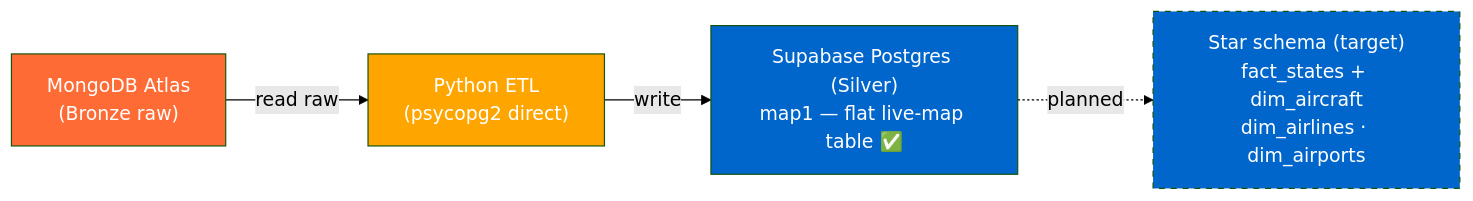
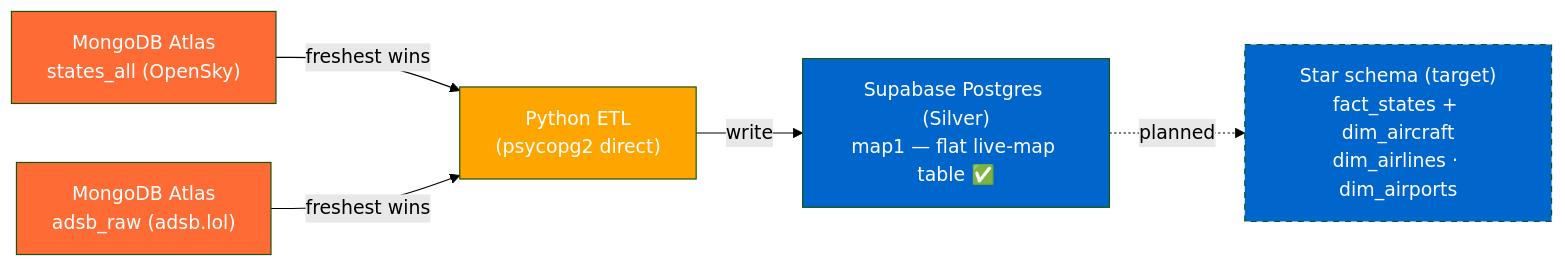
One commit to MatthiasSails/airline-data-platform changed the second of 5 diagrams in docs/architecture/README.md. Above: the diagram before and after it, drawn with Mermaid (forest theme). The commit also changed other lines of this file and 8 other files, not shown here.

First line of the commit message:
ETL: adsb.lol Bronze/Silver fallback + production incident fixes (#20)

````diff
--- a/docs/architecture/README.md
+++ b/docs/architecture/README.md
@@ -57,12 +63,15 @@
 ```mermaid
 graph LR
-    MDB["MongoDB Atlas<br/>(Bronze raw)"]
-    MDB -->|read raw| ETL["Python ETL<br/>(psycopg2 direct)"]
+    MDB1["MongoDB Atlas<br/>states_all (OpenSky)"]
+    MDB2["MongoDB Atlas<br/>adsb_raw (adsb.lol)"]
+    MDB1 -->|freshest wins| ETL["Python ETL<br/>(psycopg2 direct)"]
+    MDB2 -->|freshest wins| ETL
     ETL -->|write| PG["Supabase Postgres (Silver)<br/>map1 — flat live-map table ✅"]
     PG -.->|planned| STAR["Star schema (target)<br/>fact_states + dim_aircraft<br/>dim_airlines · dim_airports"]
 
-    style MDB fill:#FF6B35,color:#fff
+    style MDB1 fill:#FF6B35,color:#fff
+    style MDB2 fill:#FF6B35,color:#fff
     style ETL fill:#FFA500,color:#fff
     style PG fill:#0066CC,color:#fff
     style STAR fill:#0066CC,color:#fff,stroke-dasharray:5 5
 ```
````
